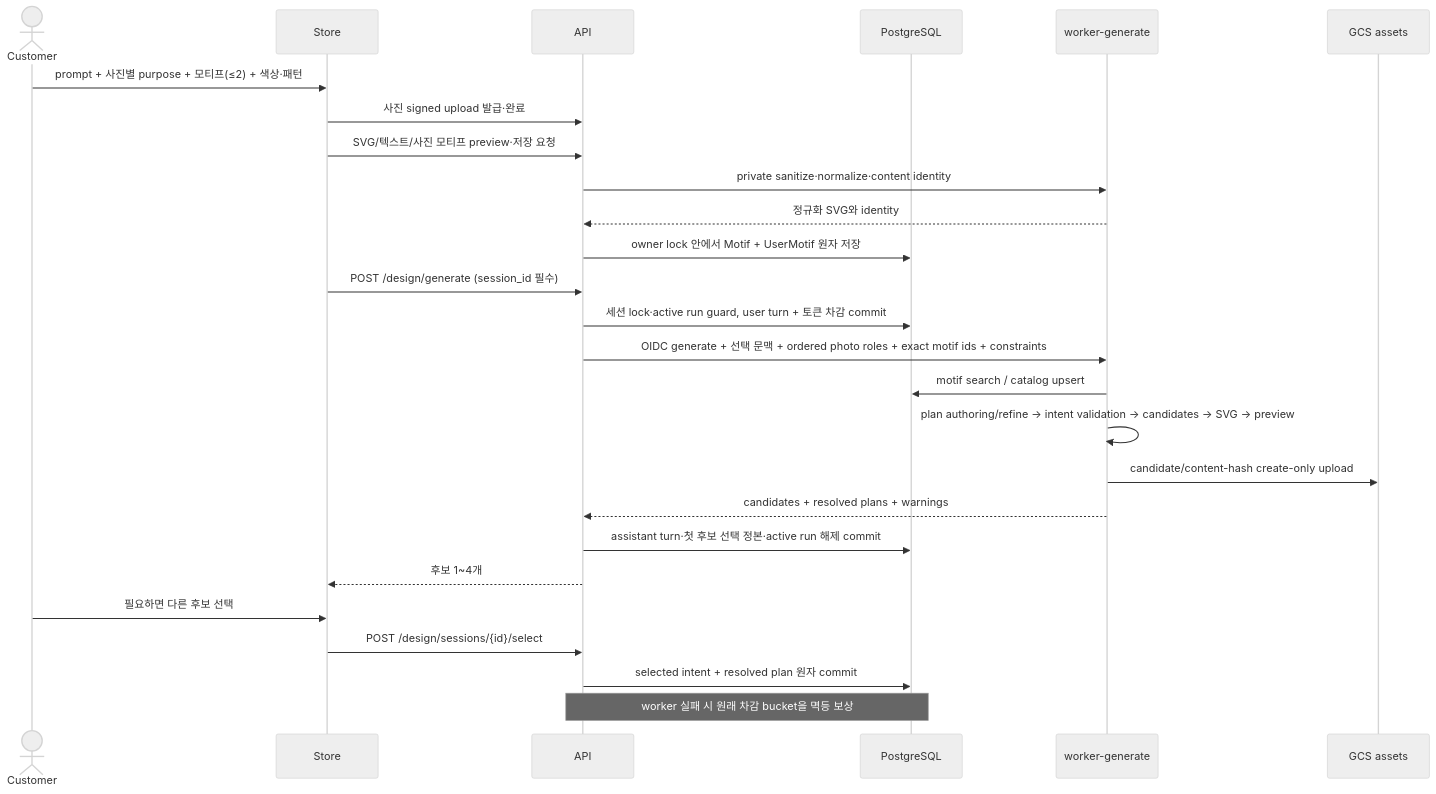
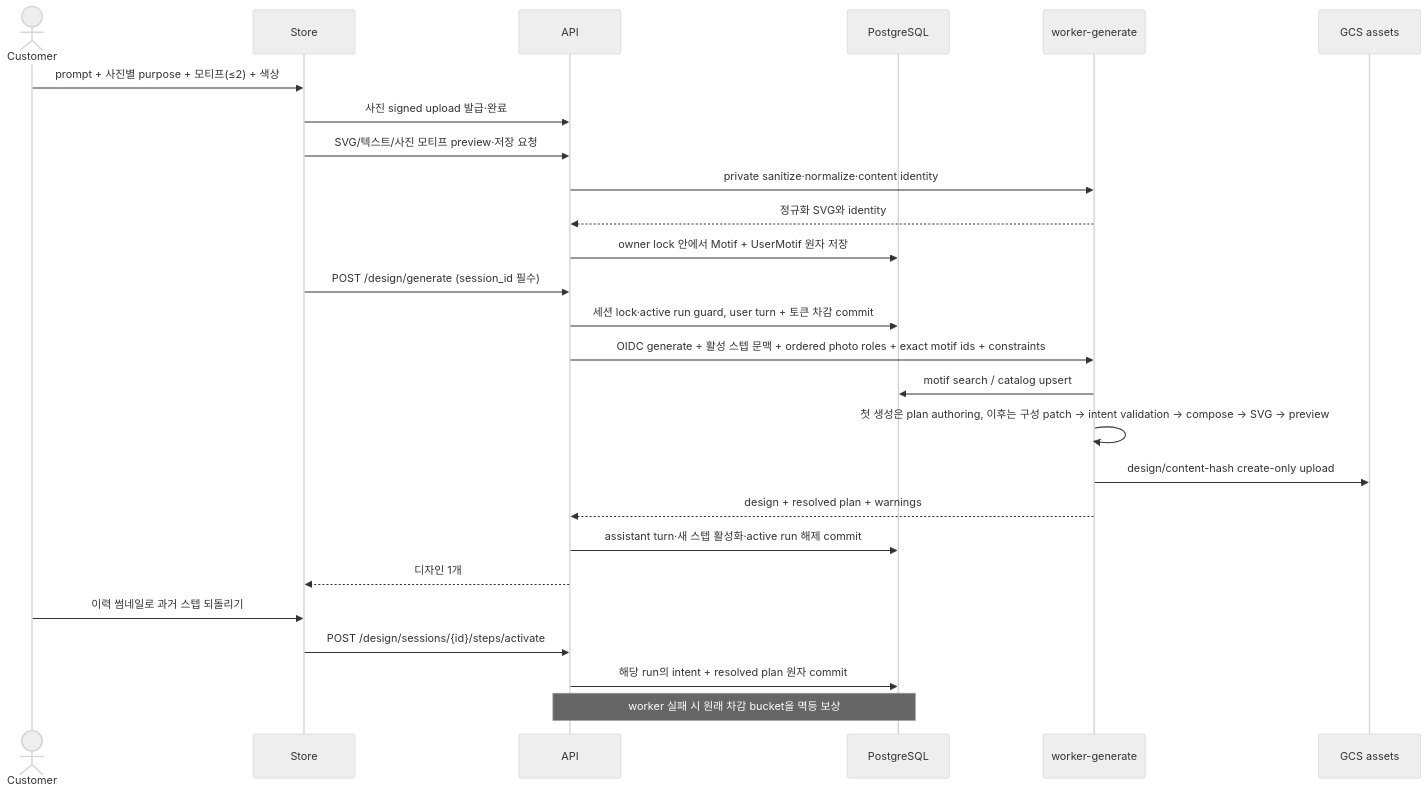
One commit to Bongseop-Kim/essesion changed the fifth of 8 diagrams in ARCHITECTURE.md. Above: the diagram before and after it, drawn with Mermaid (neutral theme). The commit also changed other lines of this file and 50 other files, not shown here.

````diff
--- a/ARCHITECTURE.md
+++ b/ARCHITECTURE.md
@@ -546,30 +547,30 @@
 ```mermaid
 sequenceDiagram
     actor U as Customer
     participant S as Store
     participant A as API
     participant DB as PostgreSQL
     participant W as worker-generate
     participant G as GCS assets
 
-    U->>S: prompt + 사진별 purpose + 모티프(≤2) + 색상·패턴
+    U->>S: prompt + 사진별 purpose + 모티프(≤2) + 색상
     S->>A: 사진 signed upload 발급·완료
     S->>A: SVG/텍스트/사진 모티프 preview·저장 요청
     A->>W: private sanitize·normalize·content identity
     W-->>A: 정규화 SVG와 identity
     A->>DB: owner lock 안에서 Motif + UserMotif 원자 저장
     S->>A: POST /design/generate (session_id 필수)
     A->>DB: 세션 lock·active run guard, user turn + 토큰 차감 commit
-    A->>W: OIDC generate + 선택 문맥 + ordered photo roles + exact motif ids + constraints
+    A->>W: OIDC generate + 활성 스텝 문맥 + ordered photo roles + exact motif ids + constraints
     W->>DB: motif search / catalog upsert
-    W->>W: plan authoring/refine → intent validation → candidates → SVG → preview
-    W->>G: candidate/content-hash create-only upload
-    W-->>A: candidates + resolved plans + warnings
-    A->>DB: assistant turn·첫 후보 선택 정본·active run 해제 commit
-    A-->>S: 후보 1~4개
-    U->>S: 필요하면 다른 후보 선택
-    S->>A: POST /design/sessions/{id}/select
-    A->>DB: selected intent + resolved plan 원자 commit
+    W->>W: 첫 생성은 plan authoring, 이후는 구성 patch → intent validation → compose → SVG → preview
+    W->>G: design/content-hash create-only upload
+    W-->>A: design + resolved plan + warnings
+    A->>DB: assistant turn·새 스텝 활성화·active run 해제 commit
+    A-->>S: 디자인 1개
+    U->>S: 이력 썸네일로 과거 스텝 되돌리기
+    S->>A: POST /design/sessions/{id}/steps/activate
+    A->>DB: 해당 run의 intent + resolved plan 원자 commit
 
     Note over A,DB: worker 실패 시 원래 차감 bucket을 멱등 보상
 ```
````
